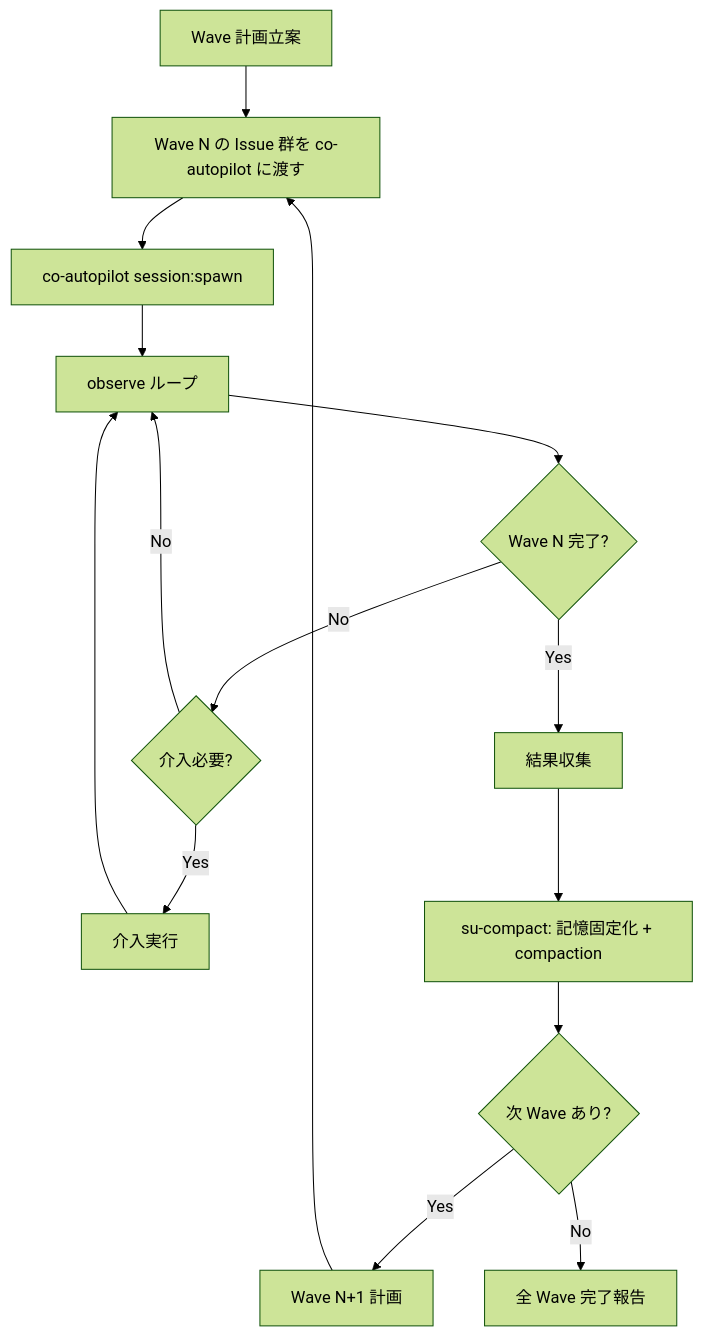
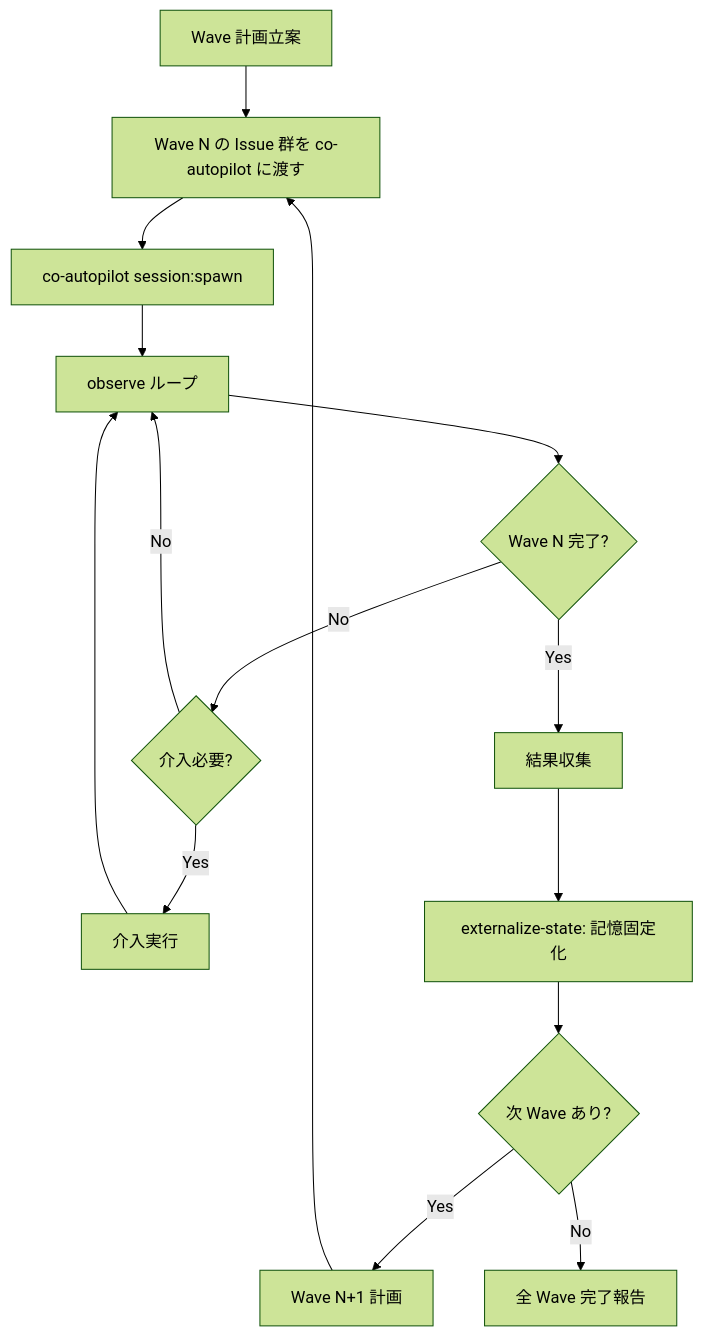
Before and after one commit to shuu5/twill: the second of 3 diagrams in plugins/twl/architecture/domain/contexts/supervision.md, drawn with Mermaid (forest theme). The commit also changed other lines of this file and 2 other files, not shown here.

````diff
--- a/plugins/twl/architecture/domain/contexts/supervision.md
+++ b/plugins/twl/architecture/domain/contexts/supervision.md
@@ -140,17 +140,17 @@
 ```mermaid
 flowchart TD
     A[Wave 計画立案] --> B[Wave N の Issue 群を co-autopilot に渡す]
     B --> C[co-autopilot session:spawn]
     C --> D[observe ループ]
     D --> E{Wave N 完了?}
     E -->|No| F{介入必要?}
     F -->|Yes| G[介入実行]
     G --> D
     F -->|No| D
     E -->|Yes| H[結果収集]
-    H --> I[su-compact: 記憶固定化 + compaction]
+    H --> I[externalize-state: 記憶固定化]
     I --> J{次 Wave あり?}
     J -->|Yes| K[Wave N+1 計画]
     K --> B
     J -->|No| L[全 Wave 完了報告]
 ```
````
